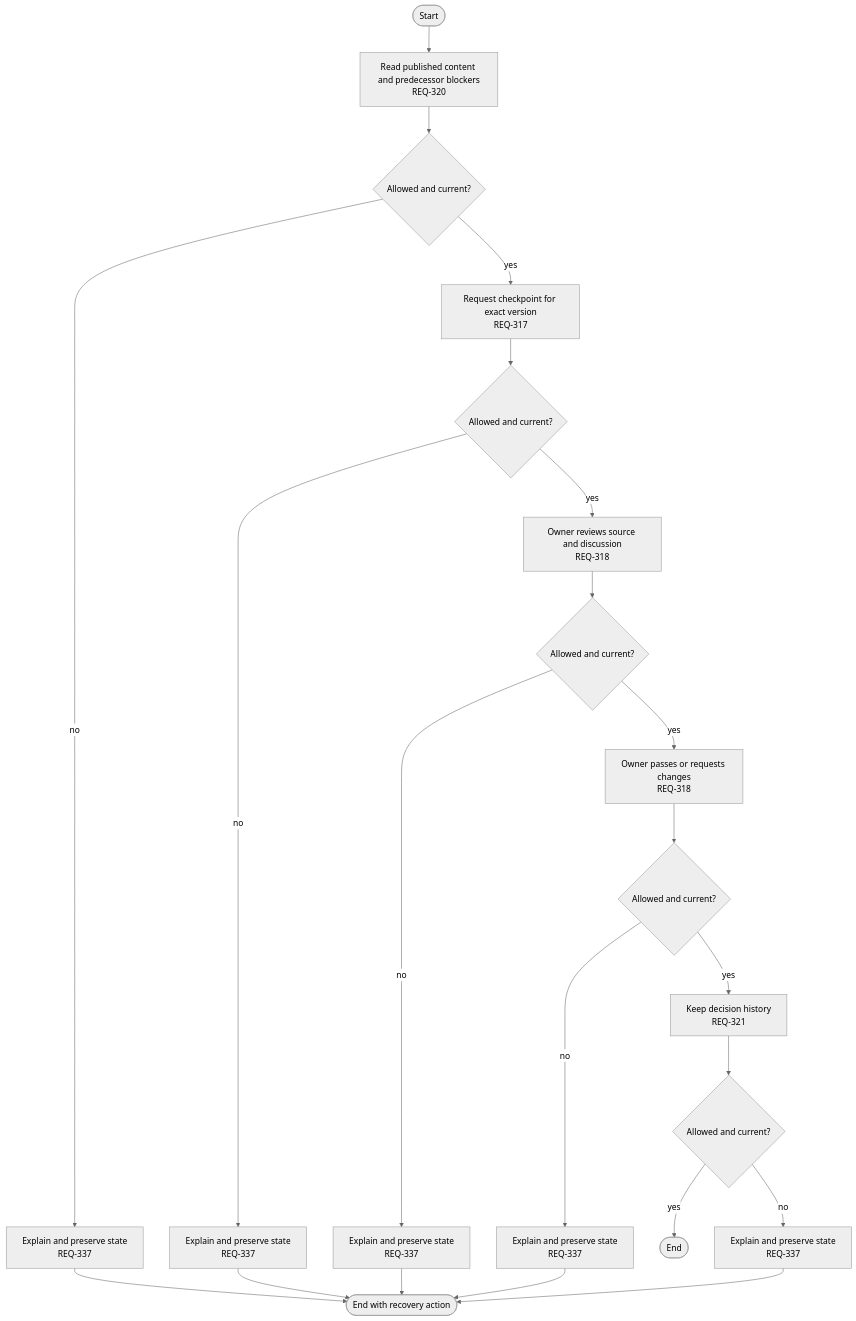
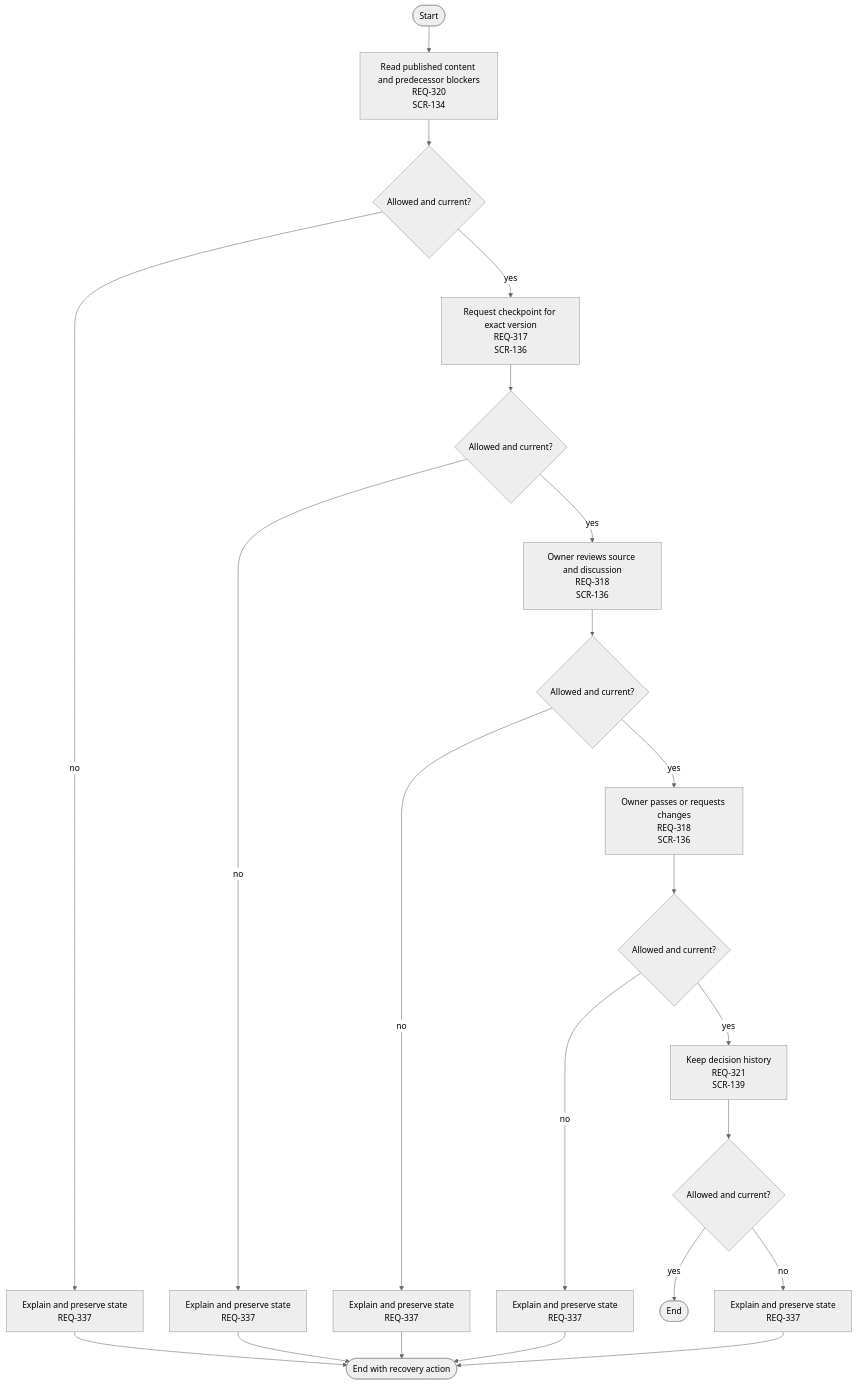
Before and after one commit to kodonghui/corthex-nexus: the diagram in docs/03-user-flow/rebuild/FL-132.ko.md, drawn with Mermaid (neutral theme). The commit also changed other lines of this file and 28 other files, not shown here.

Commit message:
Design rebuild navigation and link every visible flow step

````diff
--- a/docs/03-user-flow/rebuild/FL-132.ko.md
+++ b/docs/03-user-flow/rebuild/FL-132.ko.md
@@ -9,24 +11,24 @@
 ```mermaid
 flowchart TD
   Start([Start]) --> S0
-  S0["Read published content and predecessor blockers<br/>REQ-320"] --> D0{"Allowed and current?"}
+  S0["Read published content and predecessor blockers<br/>REQ-320<br/>SCR-134"] --> D0{"Allowed and current?"}
   D0 -- yes --> S1
   D0 -- no --> F0["Explain and preserve state<br/>REQ-337"]
   F0 --> Stop([End with recovery action])
-  S1["Request checkpoint for exact version<br/>REQ-317"] --> D1{"Allowed and current?"}
+  S1["Request checkpoint for exact version<br/>REQ-317<br/>SCR-136"] --> D1{"Allowed and current?"}
   D1 -- yes --> S2
   D1 -- no --> F1["Explain and preserve state<br/>REQ-337"]
   F1 --> Stop([End with recovery action])
-  S2["Owner reviews source and discussion<br/>REQ-318"] --> D2{"Allowed and current?"}
+  S2["Owner reviews source and discussion<br/>REQ-318<br/>SCR-136"] --> D2{"Allowed and current?"}
   D2 -- yes --> S3
   D2 -- no --> F2["Explain and preserve state<br/>REQ-337"]
   F2 --> Stop([End with recovery action])
-  S3["Owner passes or requests changes<br/>REQ-318"] --> D3{"Allowed and current?"}
+  S3["Owner passes or requests changes<br/>REQ-318<br/>SCR-136"] --> D3{"Allowed and current?"}
   D3 -- yes --> S4
   D3 -- no --> F3["Explain and preserve state<br/>REQ-337"]
   F3 --> Stop([End with recovery action])
-  S4["Keep decision history<br/>REQ-321"] --> D4{"Allowed and current?"}
+  S4["Keep decision history<br/>REQ-321<br/>SCR-139"] --> D4{"Allowed and current?"}
   D4 -- yes --> End([End])
   D4 -- no --> F4["Explain and preserve state<br/>REQ-337"]
   F4 --> Stop([End with recovery action])
 ```
````
